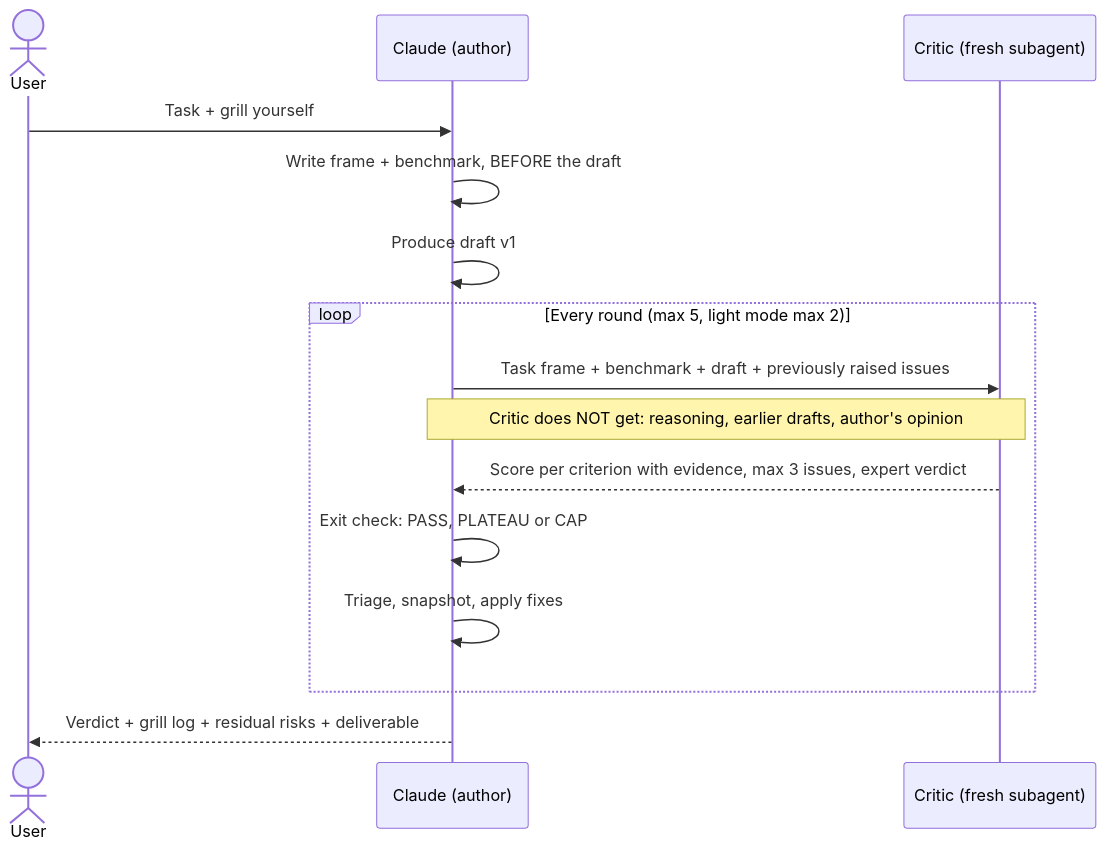
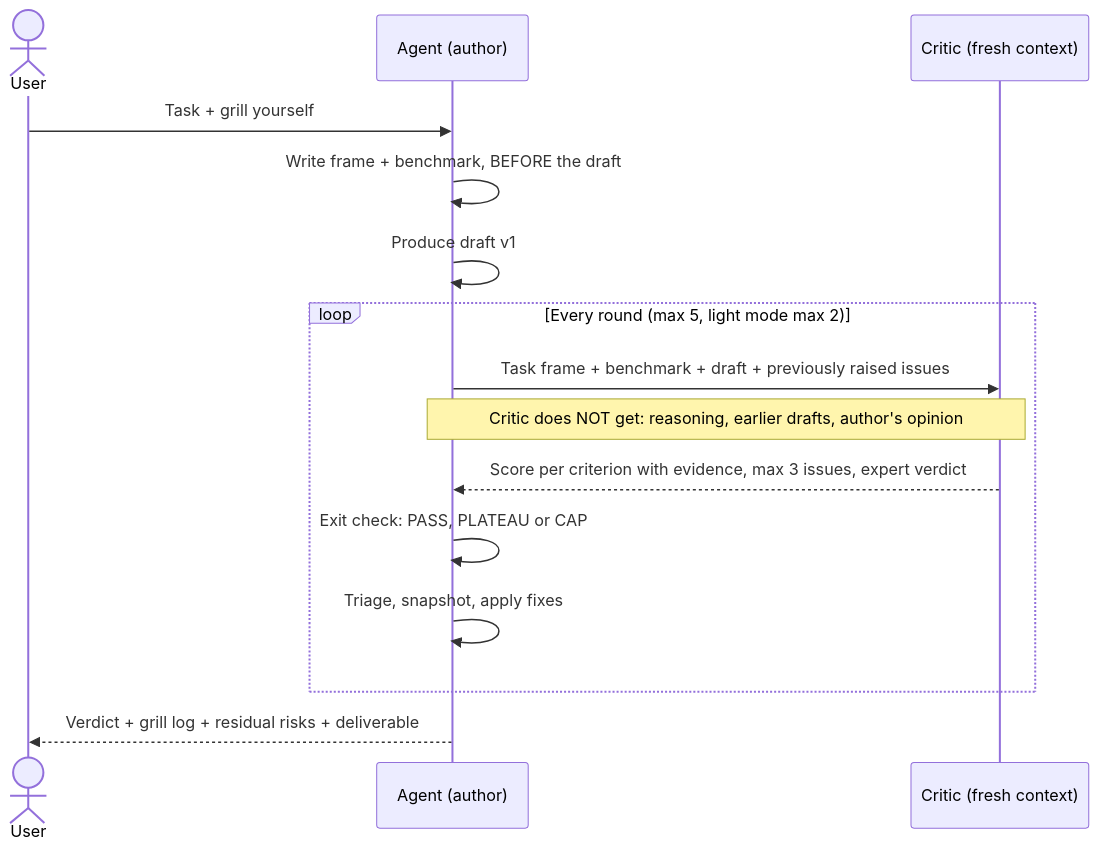
One commit to nills-p/grill-myself-skill changed the diagram in docs/diagrams/sequence.mmd. Above: the diagram before and after it, drawn with Mermaid. The commit also changed 15 other files, not shown here.

```diff
--- a/docs/diagrams/sequence.mmd
+++ b/docs/diagrams/sequence.mmd
@@ -1,16 +1,16 @@
 sequenceDiagram
     actor U as User
-    participant A as Claude (author)
-    participant C as Critic (fresh subagent)
+    participant A as Agent (author)
+    participant C as Critic (fresh context)
 
     U->>A: Task + grill yourself
     A->>A: Write frame + benchmark, BEFORE the draft
     A->>A: Produce draft v1
     loop Every round (max 5, light mode max 2)
         A->>C: Task frame + benchmark + draft + previously raised issues
         Note over A,C: Critic does NOT get: reasoning, earlier drafts, author's opinion
         C-->>A: Score per criterion with evidence, max 3 issues, expert verdict
         A->>A: Exit check: PASS, PLATEAU or CAP
         A->>A: Triage, snapshot, apply fixes
     end
     A-->>U: Verdict + grill log + residual risks + deliverable
```
